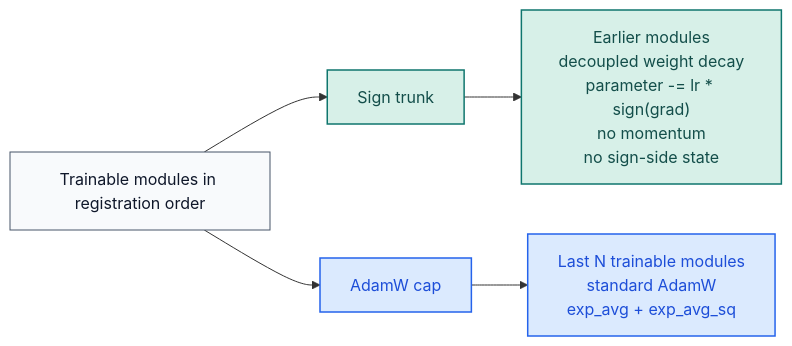
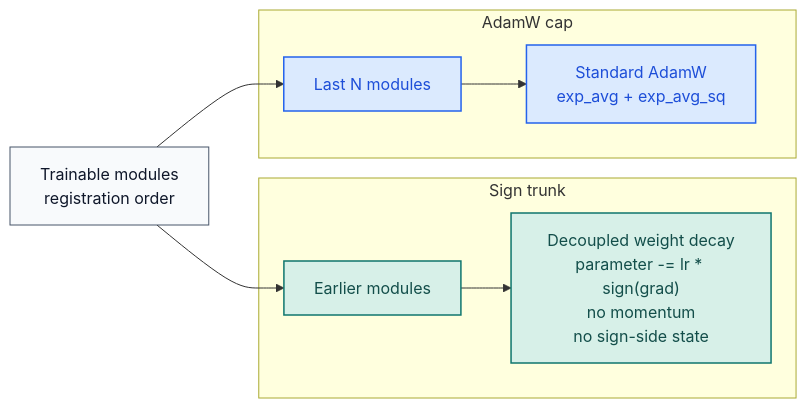
The diagram in README.md (smturtle2/stac-optimizer), drawn with Mermaid before and after one commit. The commit also changed other lines of this file and 10 other files, not shown here.

````diff
--- a/README.md
+++ b/README.md
@@ -29,16 +28,27 @@
 ```mermaid
 flowchart LR
-    A["Trainable modules in registration order"]
-    A --> B["Sign trunk"]
-    A --> C["AdamW cap"]
-    B --> D["Earlier modules<br/>decoupled weight decay<br/>parameter -= lr * sign(grad)<br/>no momentum<br/>no sign-side state"]
-    C --> E["Last N trainable modules<br/>standard AdamW<br/>exp_avg + exp_avg_sq"]
+    A["Trainable modules<br/>registration order"]
+
+    subgraph S["Sign trunk"]
+        B["Earlier modules"]
+        C["Decoupled weight decay<br/>parameter -= lr * sign(grad)<br/>no momentum<br/>no sign-side state"]
+    end
+
+    subgraph T["AdamW cap"]
+        D["Last N modules"]
+        E["Standard AdamW<br/>exp_avg + exp_avg_sq"]
+    end
+
+    A --> B
+    A --> D
+    B --> C
+    D --> E
 
     classDef neutral fill:#f8fafc,stroke:#475569,color:#0f172a,stroke-width:1px;
     classDef sign fill:#d7f0e8,stroke:#0f766e,color:#134e4a,stroke-width:1.5px;
     classDef adam fill:#dbeafe,stroke:#2563eb,color:#1d4ed8,stroke-width:1.5px;
 
     class A neutral;
-    class B,D sign;
-    class C,E adam;
+    class B,C sign;
+    class D,E adam;
 ```
````
